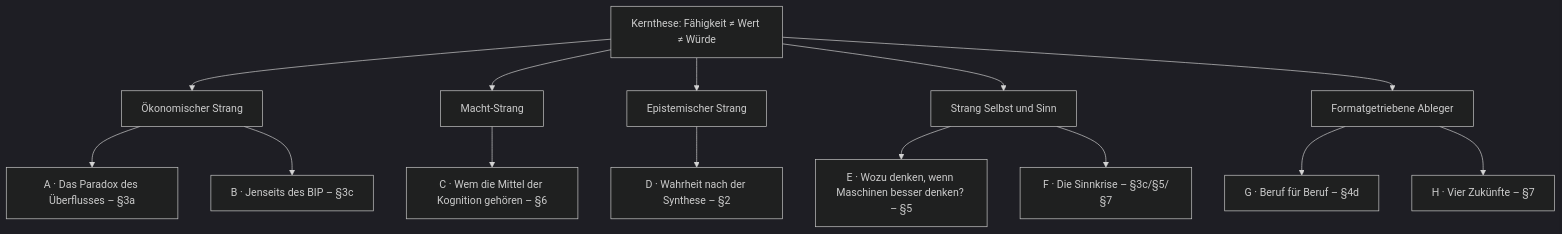
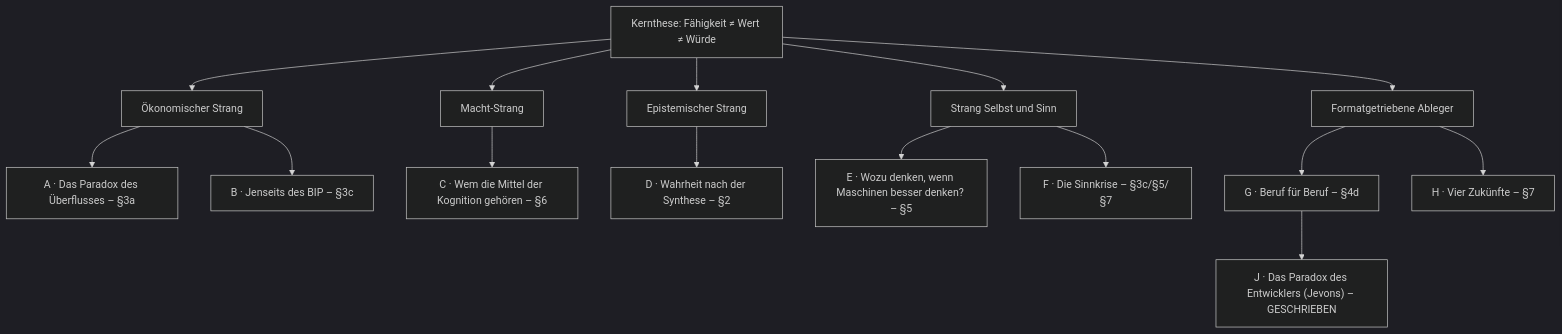
Before and after one commit to ccabos/live-with-AI: the first of 8 diagrams in essay-outline.de.md, drawn with Mermaid (dark theme). The commit also changed other lines of this file and 2 other files, not shown here.

First line of the commit message:
Add German mirror of the developer/Jevons article and track it in the outline

````diff
--- a/essay-outline.de.md
+++ b/essay-outline.de.md
@@ -458,17 +458,18 @@
 ```mermaid
 flowchart TD
     T["Kernthese: Fähigkeit ≠ Wert ≠ Würde"]
     T --> S1["Ökonomischer Strang"]
     T --> S2["Macht-Strang"]
     T --> S3["Epistemischer Strang"]
     T --> S4["Strang Selbst und Sinn"]
     T --> S5["Formatgetriebene Ableger"]
     S1 --> A["A · Das Paradox des Überflusses – §3a"]
     S1 --> B["B · Jenseits des BIP – §3c"]
     S2 --> C["C · Wem die Mittel der Kognition gehören – §6"]
     S3 --> D["D · Wahrheit nach der Synthese – §2"]
     S4 --> E["E · Wozu denken, wenn Maschinen besser denken? – §5"]
     S4 --> F["F · Die Sinnkrise – §3c/§5/§7"]
     S5 --> G["G · Beruf für Beruf – §4d"]
     S5 --> H["H · Vier Zukünfte – §7"]
+    G --> J["J · Das Paradox des Entwicklers (Jevons) – GESCHRIEBEN"]
 ```
````
